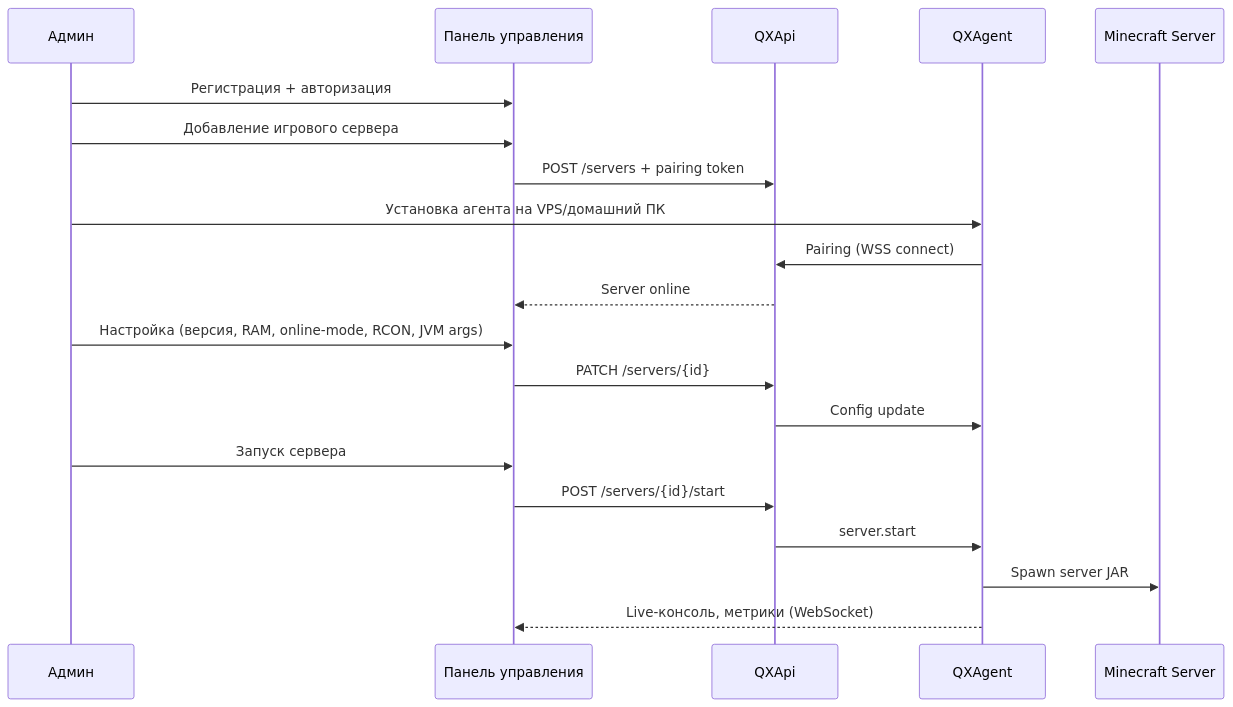
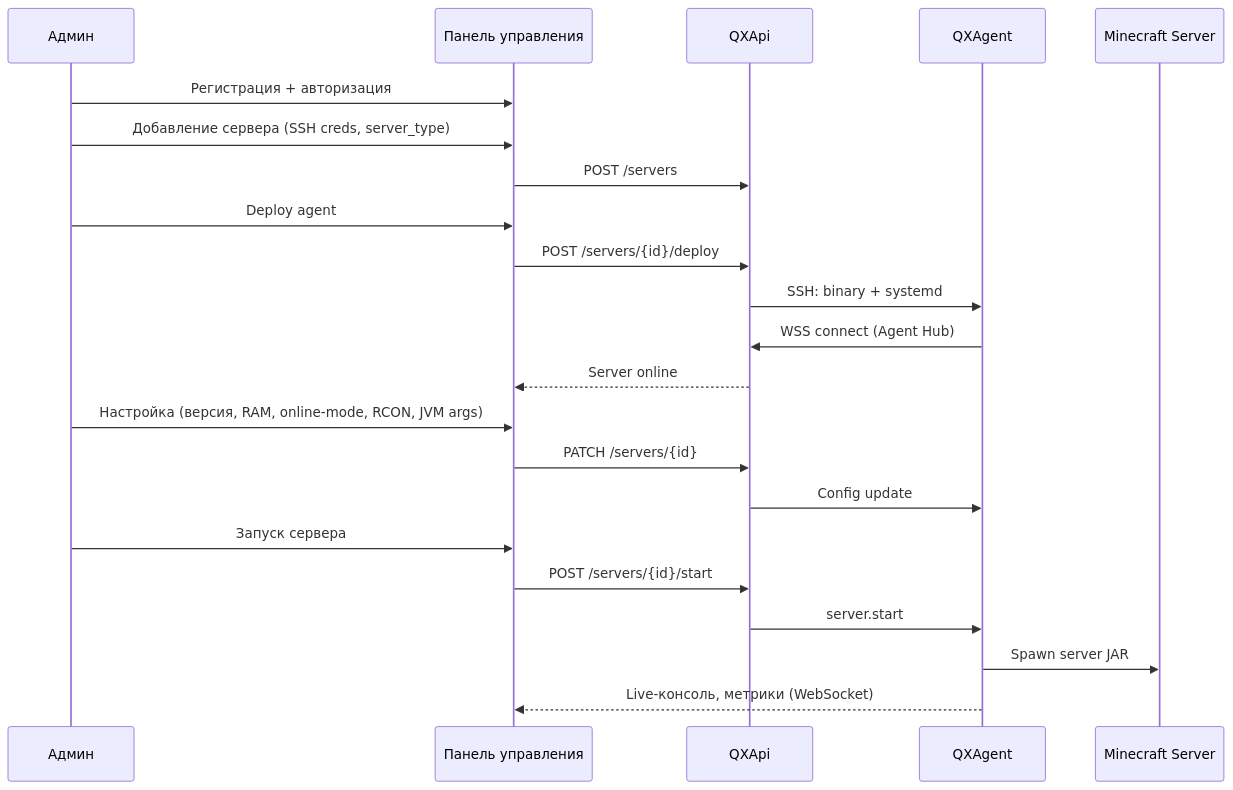
Before and after one commit to mindevis/qx-project: the third of 16 diagrams in docs/architecture.md, drawn with Mermaid. The commit also changed other lines of this file and 13 other files, not shown here.

````diff
--- a/docs/architecture.md
+++ b/docs/architecture.md
@@ -128,25 +128,27 @@
 ```mermaid
 sequenceDiagram
     participant U as Админ
     participant Web as Панель управления
     participant API as QXApi
     participant A as QXAgent
     participant MC as Minecraft Server
 
     U->>Web: Регистрация + авторизация
-    U->>Web: Добавление игрового сервера
-    Web->>API: POST /servers + pairing token
-    U->>A: Установка агента на VPS/домашний ПК
-    A->>API: Pairing (WSS connect)
+    U->>Web: Добавление сервера (SSH creds, server_type)
+    Web->>API: POST /servers
+    U->>Web: Deploy agent
+    Web->>API: POST /servers/{id}/deploy
+    API->>A: SSH: binary + systemd
+    A->>API: WSS connect (Agent Hub)
     API-->>Web: Server online
 
     U->>Web: Настройка (версия, RAM, online-mode, RCON, JVM args)
     Web->>API: PATCH /servers/{id}
     API->>A: Config update
 
     U->>Web: Запуск сервера
     Web->>API: POST /servers/{id}/start
     API->>A: server.start
     A->>MC: Spawn server JAR
     A-->>Web: Live-консоль, метрики (WebSocket)
 ```
````
